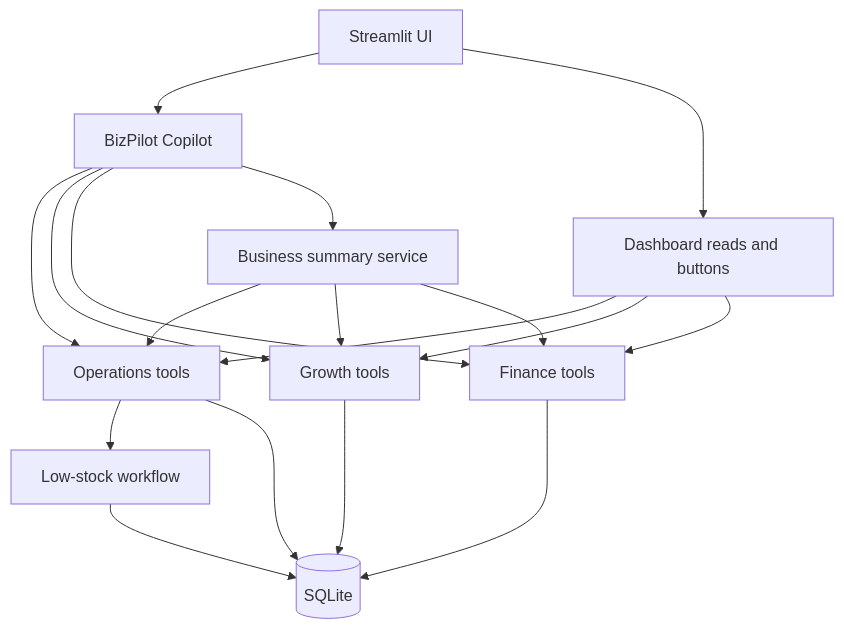
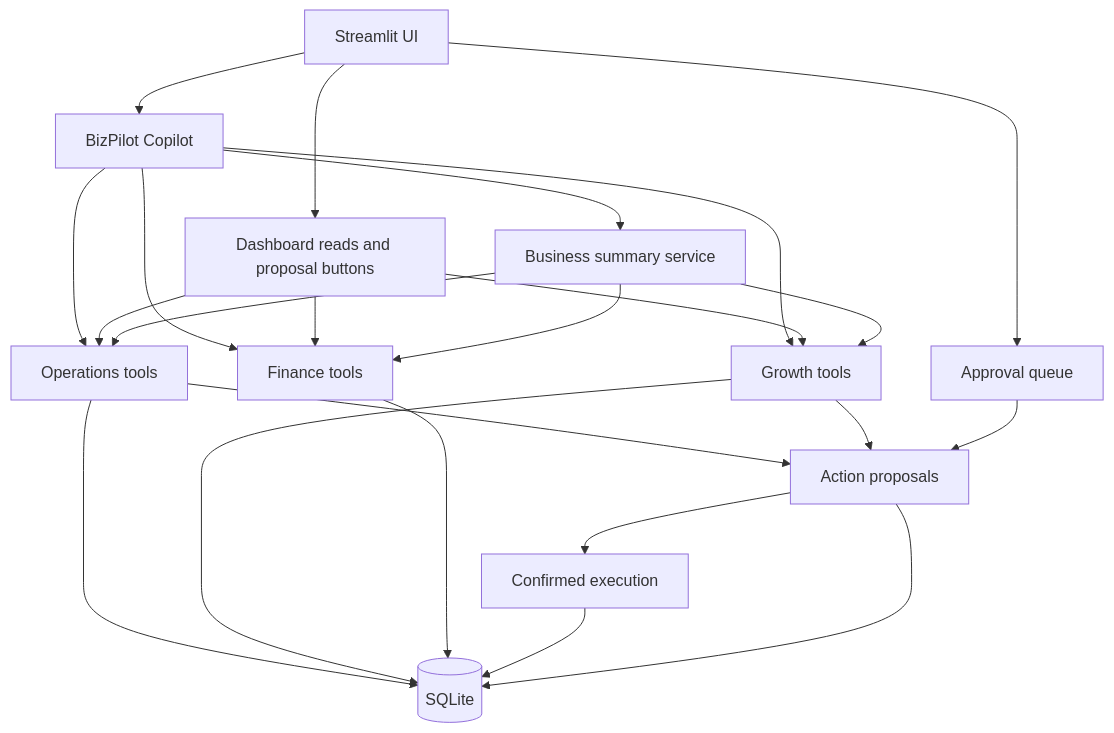
One commit to HATECODER/ai-agent-business changed the diagram in README.md. Above: the diagram before and after it, drawn with Mermaid. The commit also changed other lines of this file and 71 other files, not shown here.

````diff
--- a/README.md
+++ b/README.md
@@ -30,20 +30,25 @@
 ```mermaid
 flowchart TD
     UI[Streamlit UI] --> C[BizPilot Copilot]
-    UI --> D[Dashboard reads and buttons]
+    UI --> D[Dashboard reads and proposal buttons]
+    UI --> A[Approval queue]
     C --> O[Operations tools]
     C --> G[Growth tools]
     C --> F[Finance tools]
     C --> B[Business summary service]
-    O --> W[Low-stock workflow]
+    O --> P[Action proposals]
+    G --> P
+    A --> P
+    P --> W[Confirmed execution]
     D --> O
     D --> G
     D --> F
     O --> DB[(SQLite)]
     G --> DB
     F --> DB
     B --> O
     B --> G
     B --> F
     W --> DB
+    P --> DB
 ```
````
